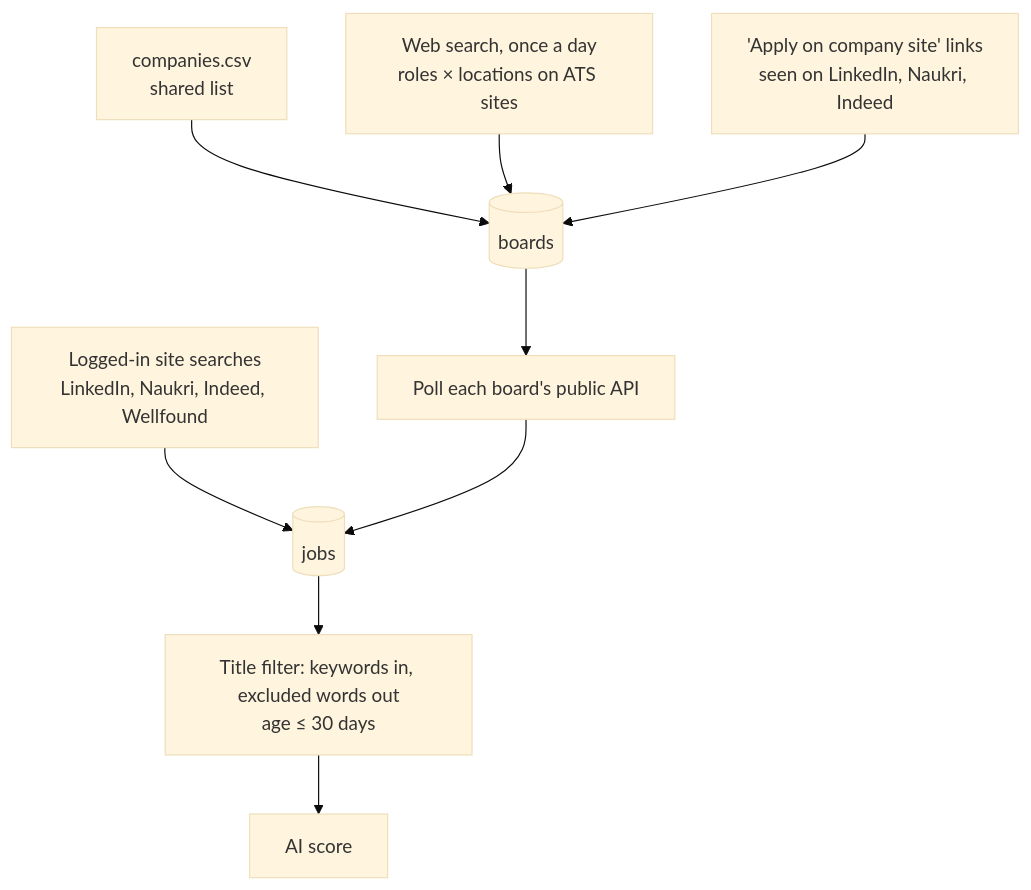
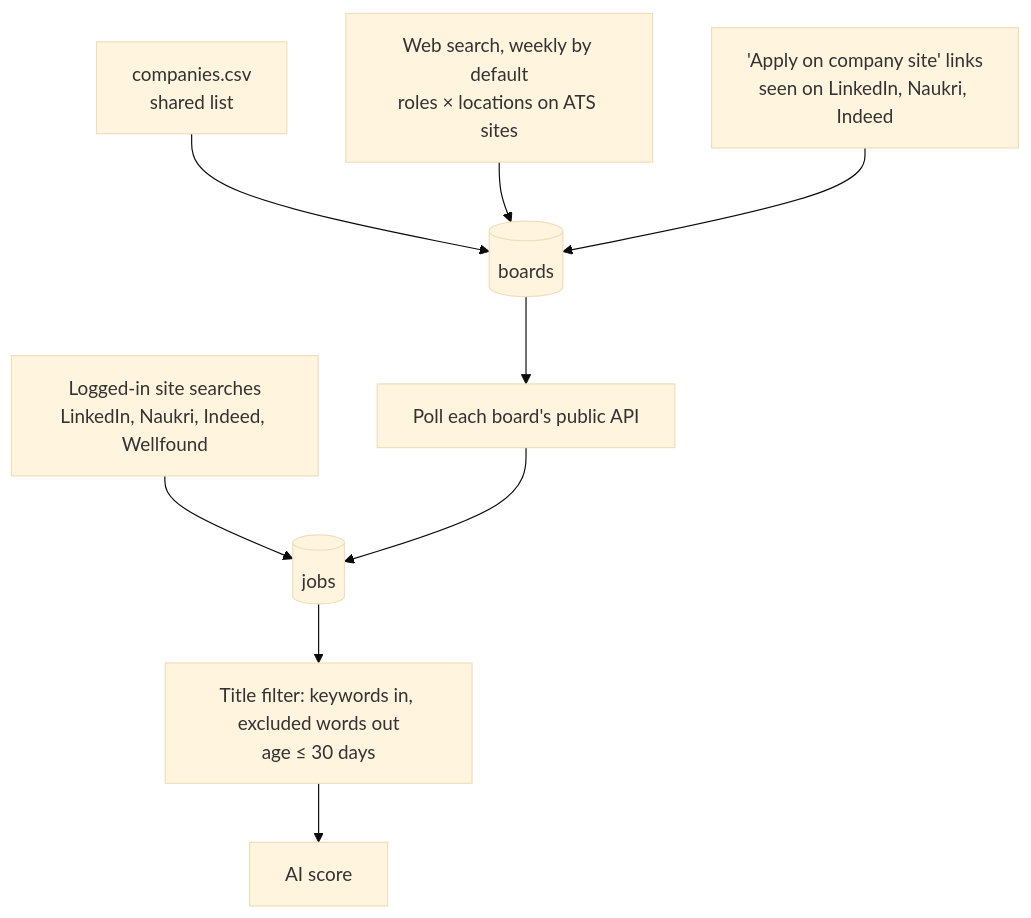
One commit to Avijit07x/truapply changed the fifth of 7 diagrams in docs/architecture.md. Above: the diagram before and after it, drawn with Mermaid (base theme). The commit also changed other lines of this file and 15 other files, not shown here.

````diff
--- a/docs/architecture.md
+++ b/docs/architecture.md
@@ -395,11 +395,11 @@
 ```mermaid
 flowchart TD
   shared["companies.csv<br/>shared list"] --> boards[(boards)]
-  search["Web search, once a day<br/>roles × locations on ATS sites"] --> boards
+  search["Web search, weekly by default<br/>roles × locations on ATS sites"] --> boards
   links["'Apply on company site' links<br/>seen on LinkedIn, Naukri, Indeed"] --> boards
   boards --> poll["Poll each board's public API"]
   sitesearch["Logged-in site searches<br/>LinkedIn, Naukri, Indeed, Wellfound"] --> jobs
   poll --> jobs[(jobs)]
   jobs --> filter["Title filter: keywords in, excluded words out<br/>age ≤ 30 days"]
   filter --> score["AI score"]
 ```
````
